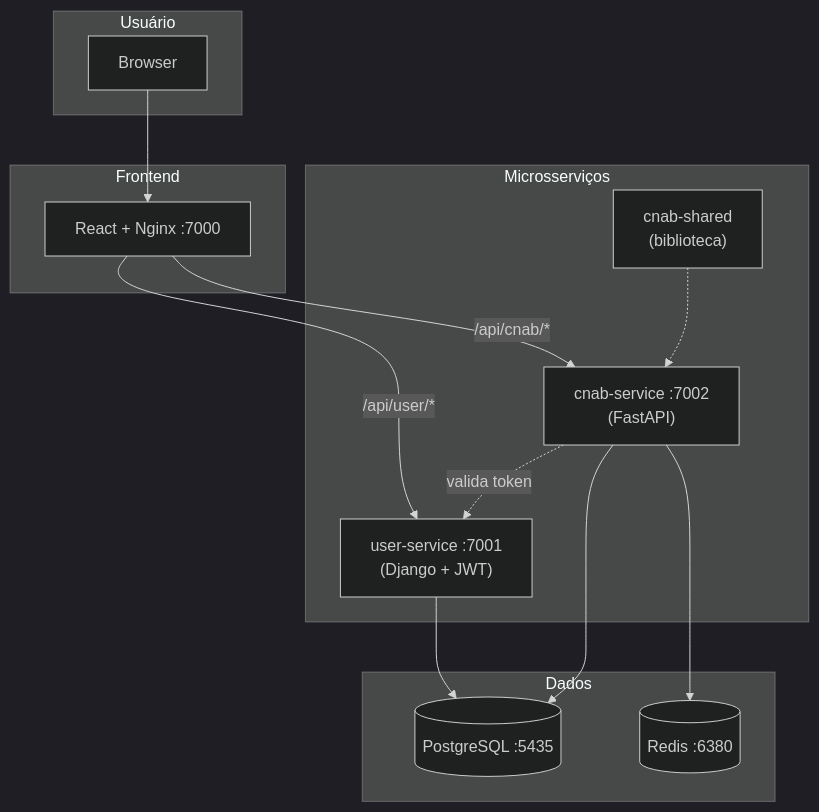
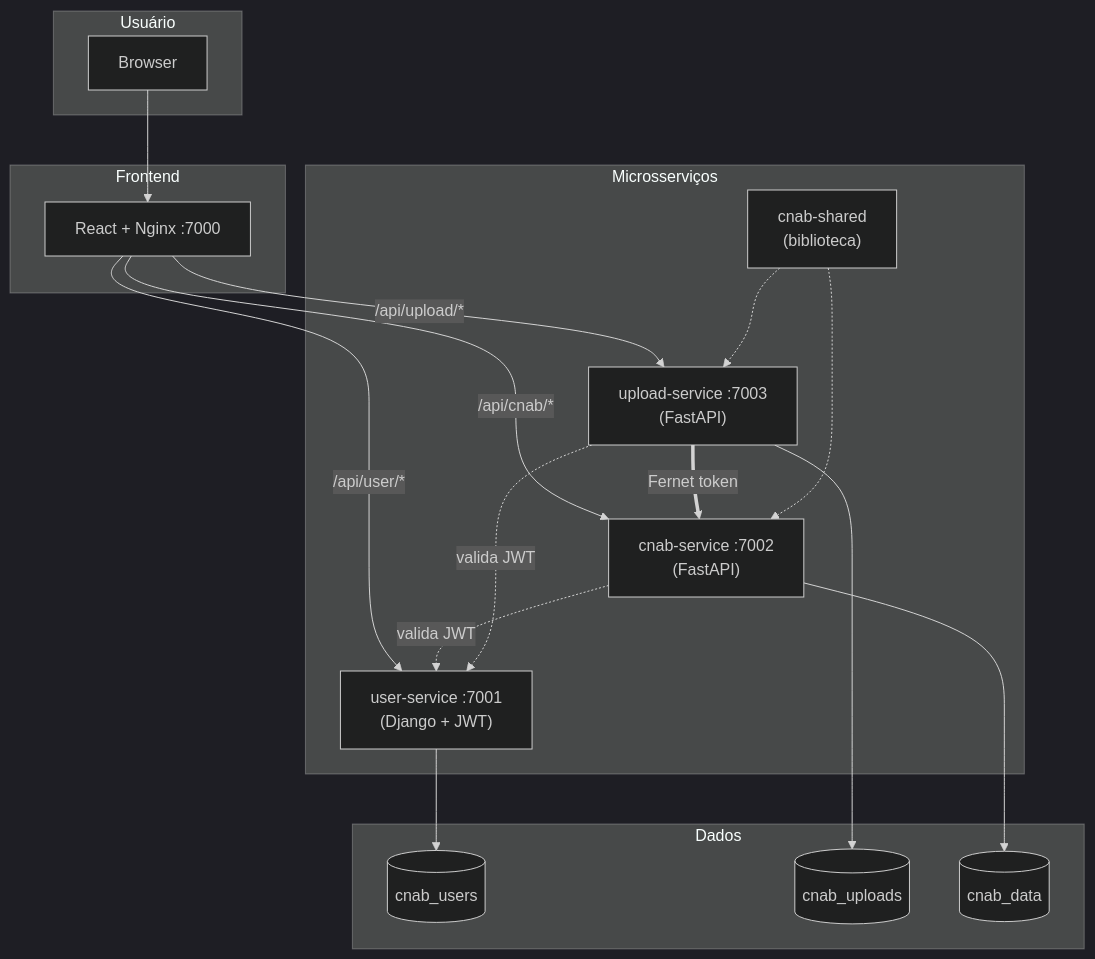
Before and after one commit to LucasBiason/desafio-dev: the diagram in README.md, drawn with Mermaid (dark theme). The commit also changed other lines of this file and 35 other files, not shown here.

Commit message:
feat(cnab-service): add models, Alembic migrations, separate databases, ADR-001 and docs update

````diff
--- a/README.md
+++ b/README.md
@@ -82,30 +71,36 @@
 ```mermaid
 flowchart TB
   subgraph User["Usuário"]
     Browser[Browser]
   end
 
   subgraph Frontend["Frontend"]
     FE["React + Nginx :7000"]
   end
 
   subgraph Services["Microsserviços"]
     US["user-service :7001\n(Django + JWT)"]
+    UPS["upload-service :7003\n(FastAPI)"]
     CS["cnab-service :7002\n(FastAPI)"]
     SH["cnab-shared\n(biblioteca)"]
   end
 
   subgraph Data["Dados"]
-    PG[("PostgreSQL :5435")]
-    RD[("Redis :6380")]
+    PG_USERS[("cnab_users")]
+    PG_UPLOADS[("cnab_uploads")]
+    PG_DATA[("cnab_data")]
   end
 
   Browser --> FE
   FE -->|"/api/user/*"| US
+  FE -->|"/api/upload/*"| UPS
   FE -->|"/api/cnab/*"| CS
-  CS -.->|"valida token"| US
+  UPS ==>|"Fernet token"| CS
+  CS -.->|"valida JWT"| US
+  UPS -.->|"valida JWT"| US
   SH -.-> CS
-  US --> PG
-  CS --> PG
-  CS --> RD
+  SH -.-> UPS
+  US --> PG_USERS
+  UPS --> PG_UPLOADS
+  CS --> PG_DATA
 ```
````
